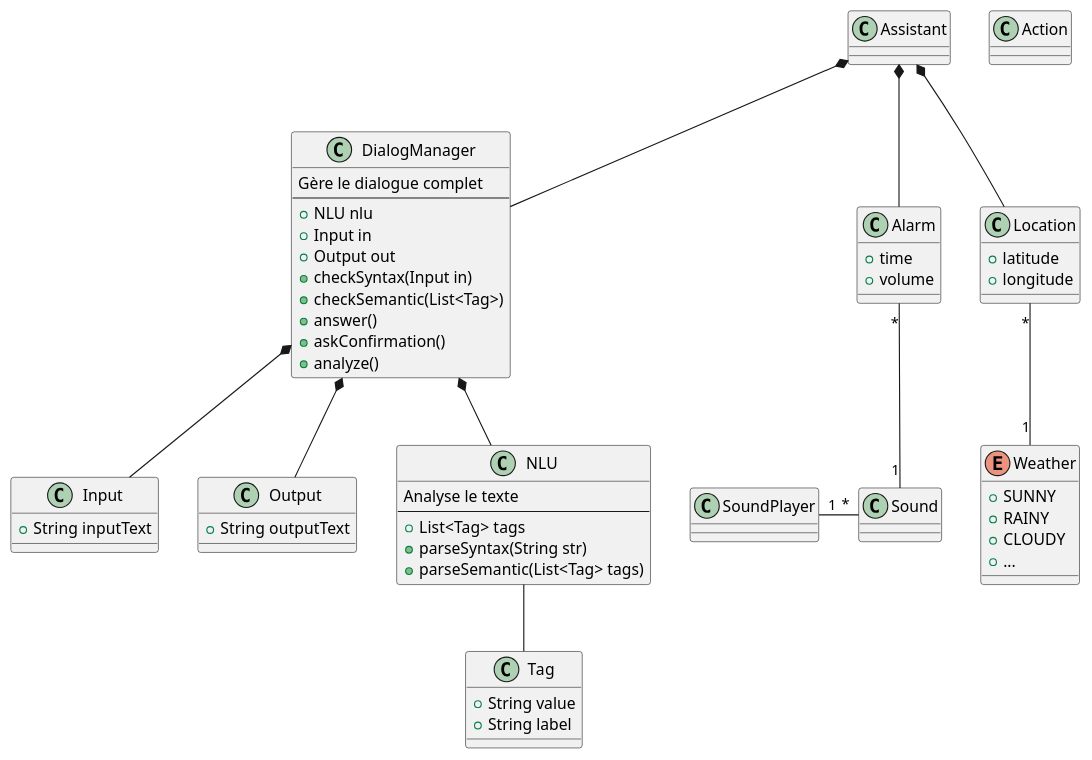
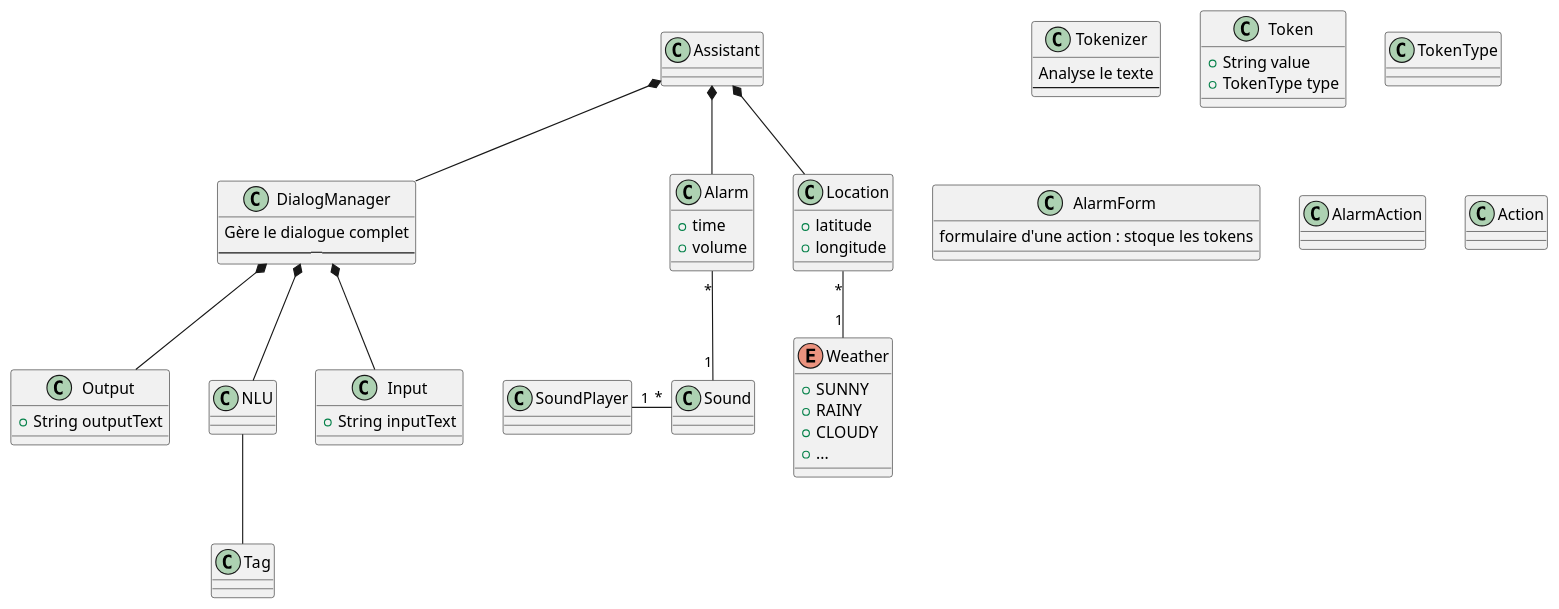
Before and after one commit to alexandre-lelain/ihme-agent-assistant: the diagram in conception/source/classDiagram.puml, drawn with PlantUML.

```diff
--- a/conception/source/classDiagram.puml
+++ b/conception/source/classDiagram.puml
@@ -1,73 +1,72 @@
 @startuml
 
 class Assistant
 
 class DialogManager {
   Gère le dialogue complet
-  ----
-  +NLU nlu
-  +Input in
-  +Output out
-  +checkSyntax(Input in)
-  +checkSemantic(List<Tag>)
-  +answer()
-  +askConfirmation()
-  +analyze()
+  --------
 }
 
-class NLU {
+class Tokenizer {
   Analyse le texte
   ----
-  +List<Tag> tags
-  +parseSyntax(String str)
-  +parseSemantic(List<Tag> tags)
 }
 
-class Tag{
+class Token{
   +String value
-  +String label
+  +TokenType type
+}
+
+class TokenType{
 }
 
 class Input {
   +String inputText
 }
 
 class Output {
   +String outputText
+}
+
+class AlarmForm{
+    formulaire d'une action : stoque les tokens
+}
+
+class AlarmAction{
 }
 
 class Alarm {
     +time
     +volume
 }
 
 class Location {
     +latitude
     +longitude
 }
 
 enum Weather {
     +SUNNY
     +RAINY
     +CLOUDY
     +...
 }
 
 class SoundPlayer
 class Sound
 
 class Action {
 }
 
 Location "*"--"1" Weather
 Alarm "*"--"1" Sound
 Sound "*"-left-"1" SoundPlayer
 Assistant *-- Alarm
 Assistant *-- Location
 Assistant *-- DialogManager
 DialogManager *--NLU
 DialogManager *-- Input
 DialogManager *-- Output
 NLU -- Tag
 
 @enduml
```
